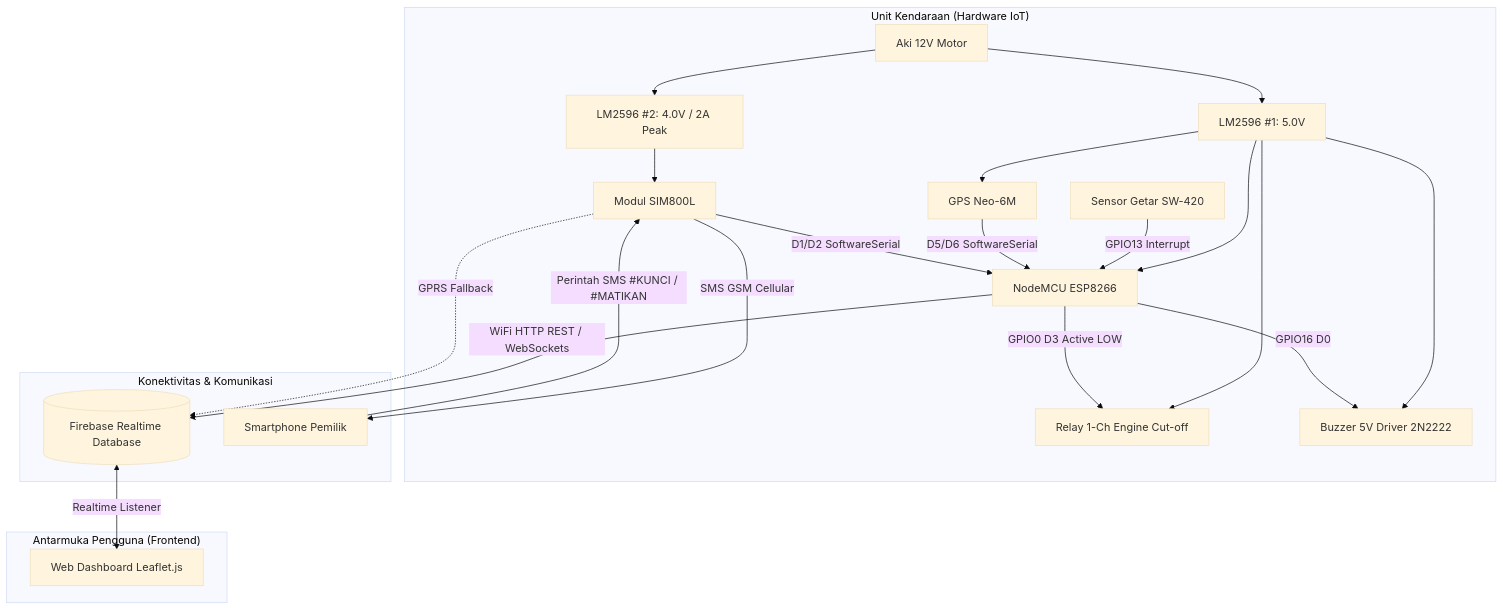
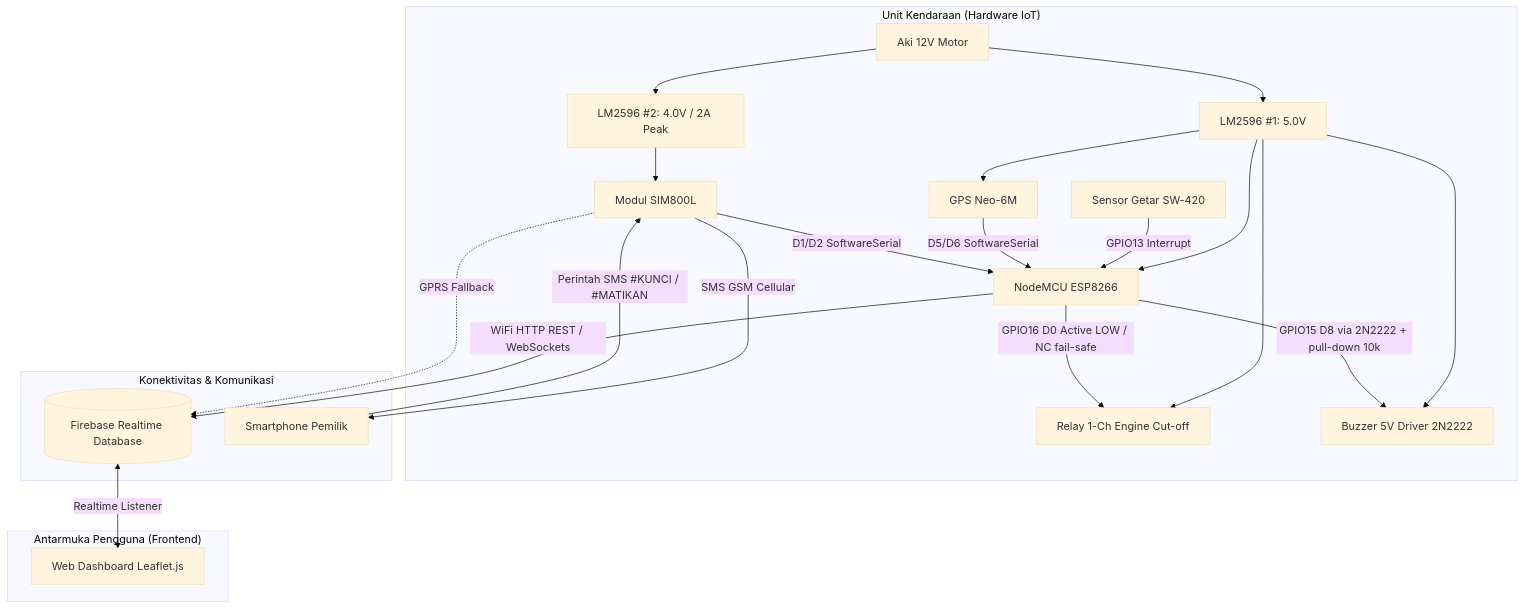
One commit to abdulsudirman112233-maker/motor-monitor changed the first of 3 diagrams in SYSTEM_DESIGN.md. Above: the diagram before and after it, drawn with Mermaid (base theme). The commit also changed other lines of this file and 44 other files, not shown here.

````diff
--- a/SYSTEM_DESIGN.md
+++ b/SYSTEM_DESIGN.md
@@ -10,31 +10,31 @@
 ```mermaid
 graph TD
     subgraph "Unit Kendaraan (Hardware IoT)"
         ACCU[Aki 12V Motor] --> LM1[LM2596 #1: 5.0V]
         ACCU --> LM2[LM2596 #2: 4.0V / 2A Peak]
         
         LM1 --> ESP[NodeMCU ESP8266]
         LM1 --> GPS[GPS Neo-6M]
         LM1 --> RELAY[Relay 1-Ch Engine Cut-off]
         LM1 --> BUZZER[Buzzer 5V Driver 2N2222]
         
         LM2 --> GSM[Modul SIM800L]
         
         SW[Sensor Getar SW-420] -->|GPIO13 Interrupt| ESP
         GPS -->|D5/D6 SoftwareSerial| ESP
         GSM -->|D1/D2 SoftwareSerial| ESP
-        ESP -->|GPIO0 D3 Active LOW| RELAY
-        ESP -->|GPIO16 D0| BUZZER
+        ESP -->|GPIO16 D0 Active LOW / NC fail-safe| RELAY
+        ESP -->|GPIO15 D8 via 2N2222 + pull-down 10k| BUZZER
     end
 
     subgraph "Konektivitas & Komunikasi"
         ESP -->|WiFi HTTP REST / WebSockets| FB[(Firebase Realtime Database)]
         GSM -->|SMS GSM Cellular| PHONE[Smartphone Pemilik]
         GSM -.->|GPRS Fallback| FB
     end
 
     subgraph "Antarmuka Pengguna (Frontend)"
         FB <-->|Realtime Listener| WEB[Web Dashboard Leaflet.js]
         PHONE -->|Perintah SMS #KUNCI / #MATIKAN| GSM
     end
 ```
````
